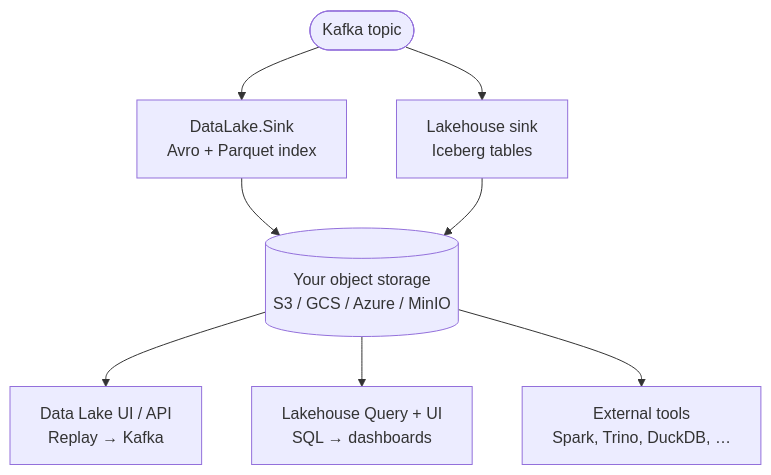
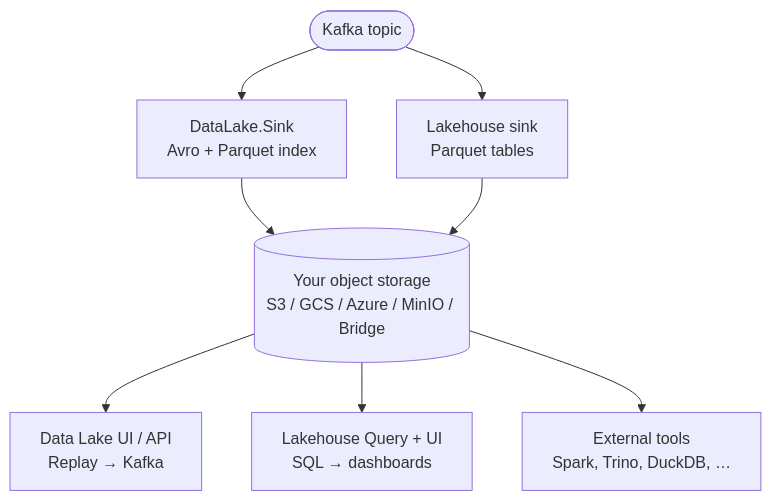
The diagram in docs/quix-cloud/quix-lake/overview.md (quixio/quix-docs), drawn with Mermaid before and after one commit. The commit also changed other lines of this file and 16 other files, not shown here.

````diff
--- a/docs/quix-cloud/quix-lake/overview.md
+++ b/docs/quix-cloud/quix-lake/overview.md
@@ -68,18 +68,18 @@
 ```mermaid
 flowchart TB
     topic([Kafka topic])
     dlSink["DataLake.Sink<br/>Avro + Parquet index"]
-    lhSink["Lakehouse sink<br/>Iceberg tables"]
-    bucket[("Your object storage<br/>S3 / GCS / Azure / MinIO")]
+    lhSink["Lakehouse sink<br/>Parquet tables"]
+    bucket[("Your object storage<br/>S3 / GCS / Azure / MinIO / Bridge")]
     dlUi["Data Lake UI / API<br/>Replay → Kafka"]
     lhQuery["Lakehouse Query + UI<br/>SQL → dashboards"]
     external["External tools<br/>Spark, Trino, DuckDB, …"]
 
     topic --> dlSink
     topic --> lhSink
     dlSink --> bucket
     lhSink --> bucket
     bucket --> dlUi
     bucket --> lhQuery
     bucket --> external
 ```
````
